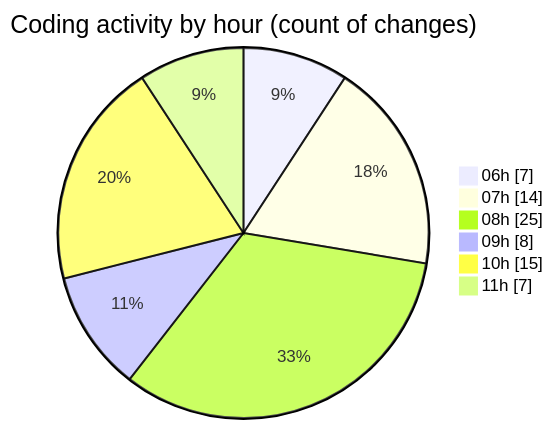
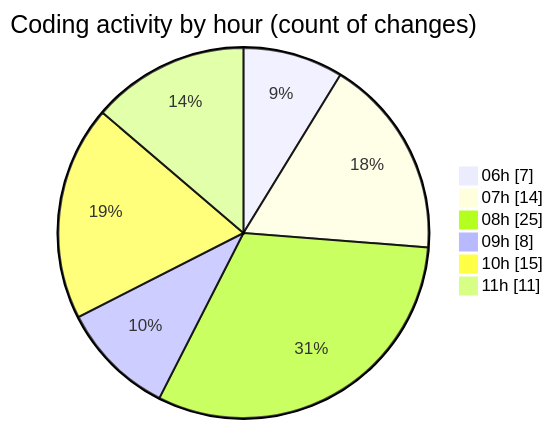
The second of 2 diagrams in 2025-04-18/zeytoon/README.md (vahidmafi/code-tracking), drawn with Mermaid before and after one commit. The commit also changed other lines of this file and 1 other file, not shown here.

````diff
--- a/2025-04-18/zeytoon/README.md
+++ b/2025-04-18/zeytoon/README.md
@@ -39,10 +39,10 @@
 ```mermaid
 pie showData
 title Coding activity by hour (count of changes)
 "06h" : 7
 "07h" : 14
 "08h" : 25
 "09h" : 8
 "10h" : 15
-"11h" : 7
+"11h" : 11
 ```
````
